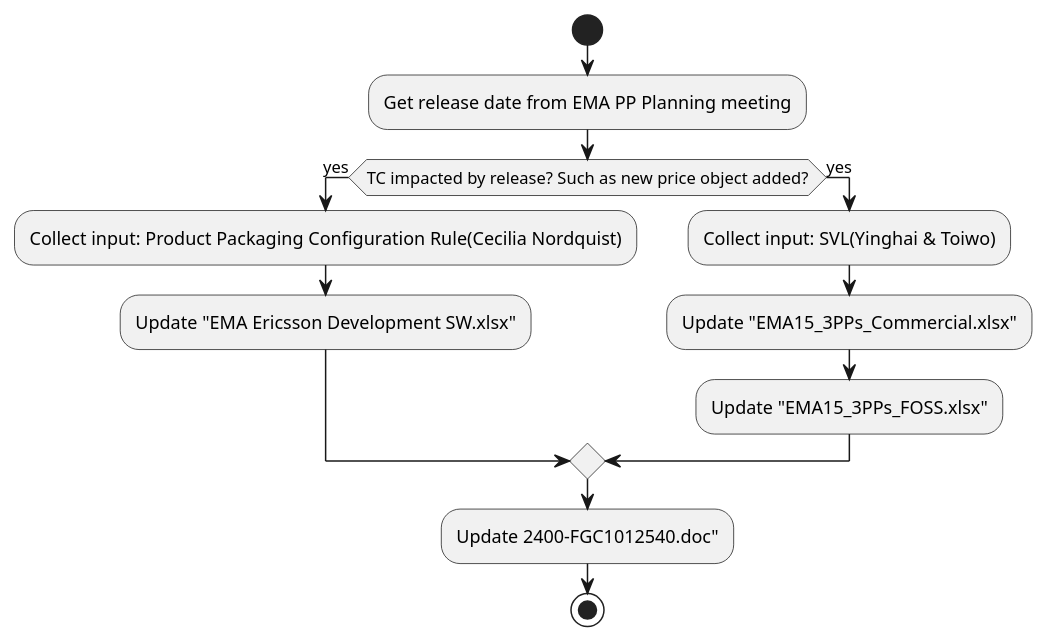
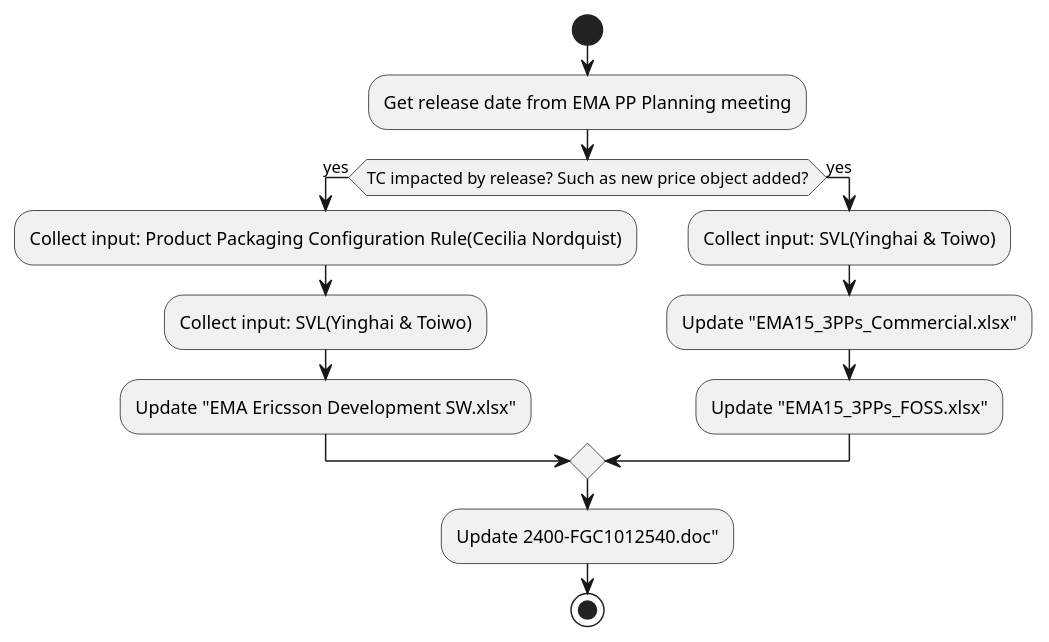
Before and after one commit to daiyimin/JavaBasics: the diagram in UMLProject/src/com/ericsson/uml/tradecompliance/2400.puml, drawn with PlantUML. The commit also changed 12 other files, not shown here.

```diff
--- a/UMLProject/src/com/ericsson/uml/tradecompliance/2400.puml
+++ b/UMLProject/src/com/ericsson/uml/tradecompliance/2400.puml
@@ -1,14 +1,15 @@
 @startuml
 start
 :Get release date from EMA PP Planning meeting;
 if (TC impacted by release? Such as new price object added?) then(yes)
 	:Collect input: Product Packaging Configuration Rule(Cecilia Nordquist);
+	:Collect input: SVL(Yinghai & Toiwo);
 	:Update "EMA Ericsson Development SW.xlsx";
 else(yes)
 	:Collect input: SVL(Yinghai & Toiwo);
 	:Update "EMA15_3PPs_Commercial.xlsx";
 	:Update "EMA15_3PPs_FOSS.xlsx";
 endif
 :Update 2400-FGC1012540.doc";
 stop
 @enduml
```
